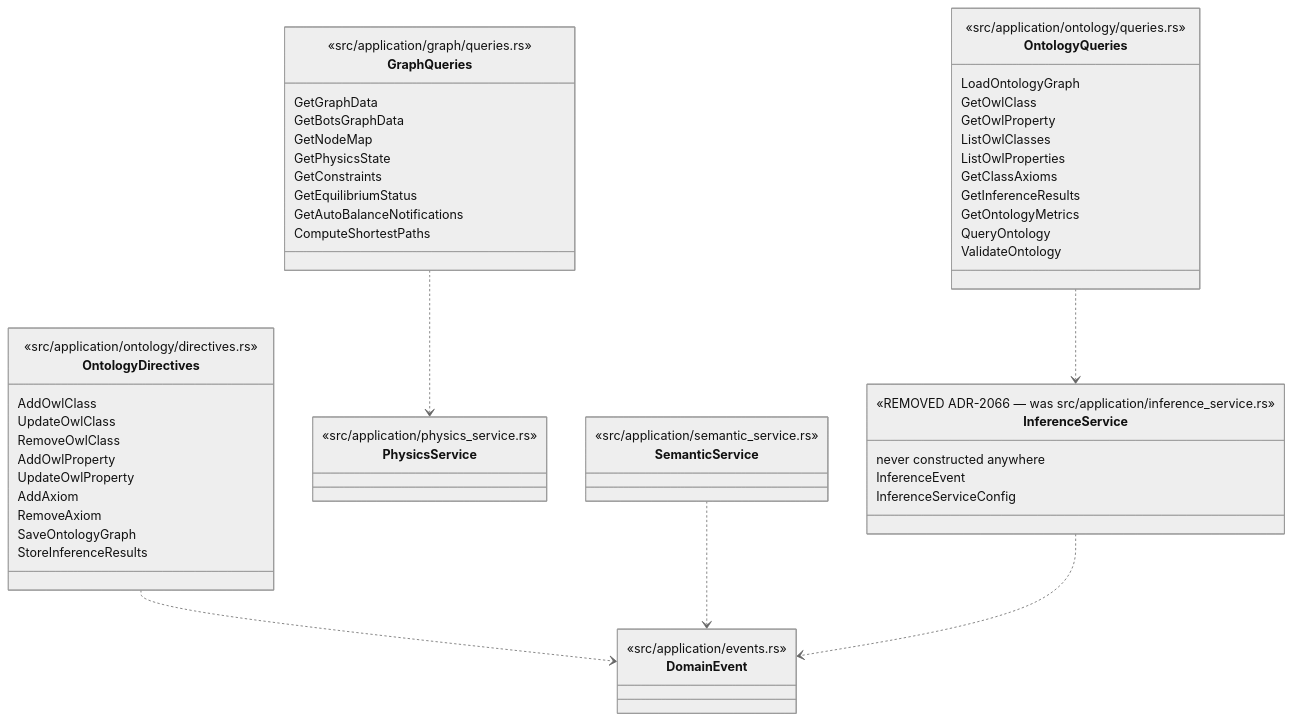
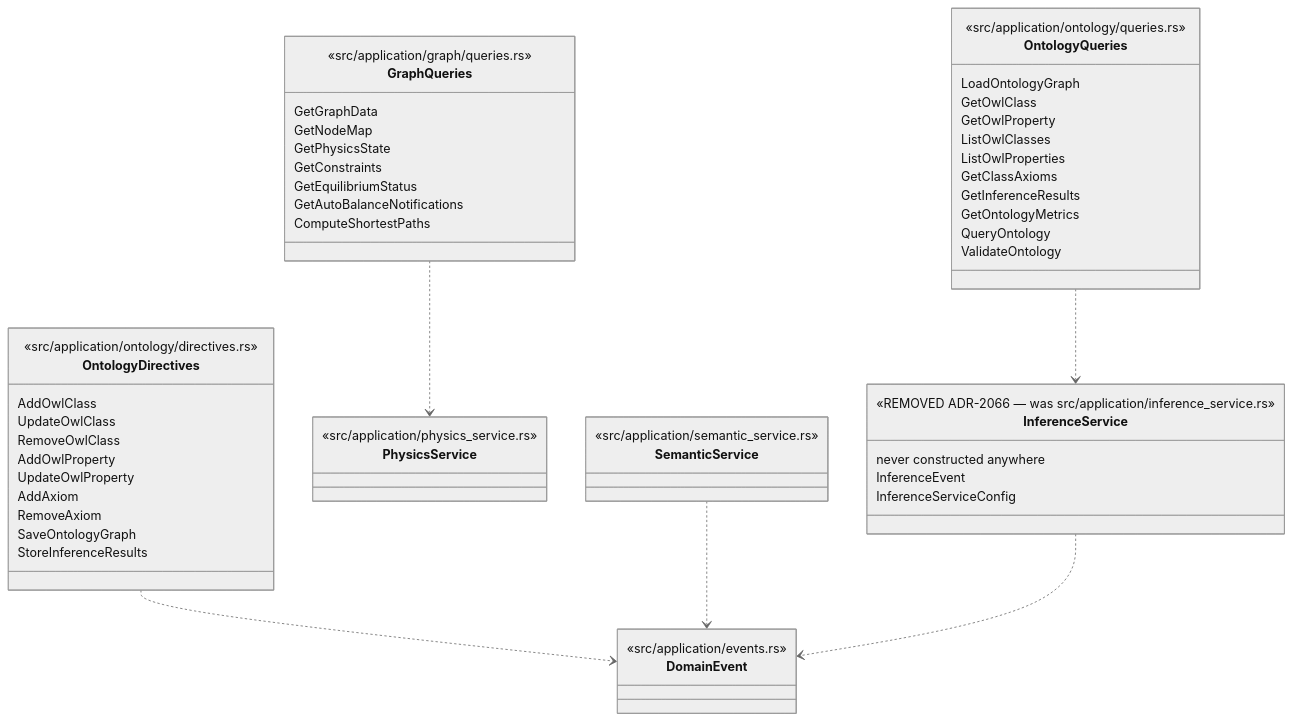
One commit to DreamLab-AI/VisionFlow changed the fourth of 9 diagrams in docs/diagrams/visionclaw/07-hexagonal-ports-and-crates.md. Above: the diagram before and after it, drawn with Mermaid (neutral theme). The commit also changed other lines of this file and 173 other files, not shown here.

````diff
--- a/docs/diagrams/visionclaw/07-hexagonal-ports-and-crates.md
+++ b/docs/diagrams/visionclaw/07-hexagonal-ports-and-crates.md
@@ -201,59 +203,58 @@
 ```mermaid
 classDiagram
     class OntologyDirectives {
       <<src/application/ontology/directives.rs>>
       AddOwlClass
       UpdateOwlClass
       RemoveOwlClass
       AddOwlProperty
       UpdateOwlProperty
       AddAxiom
       RemoveAxiom
       SaveOntologyGraph
       StoreInferenceResults
     }
     class OntologyQueries {
       <<src/application/ontology/queries.rs>>
       LoadOntologyGraph
       GetOwlClass
       GetOwlProperty
       ListOwlClasses
       ListOwlProperties
       GetClassAxioms
       GetInferenceResults
       GetOntologyMetrics
       QueryOntology
       ValidateOntology
     }
     class GraphQueries {
       <<src/application/graph/queries.rs>>
       GetGraphData
-      GetBotsGraphData
       GetNodeMap
       GetPhysicsState
       GetConstraints
       GetEquilibriumStatus
       GetAutoBalanceNotifications
       ComputeShortestPaths
     }
     class PhysicsService {
       <<src/application/physics_service.rs>>
     }
     class SemanticService {
       <<src/application/semantic_service.rs>>
     }
     class InferenceService {
       <<REMOVED ADR-2066 — was src/application/inference_service.rs>>
       never constructed anywhere
       InferenceEvent
       InferenceServiceConfig
     }
     class DomainEvent {
       <<src/application/events.rs>>
     }
     OntologyDirectives ..> DomainEvent
     GraphQueries ..> PhysicsService
     OntologyQueries ..> InferenceService
     SemanticService ..> DomainEvent
     InferenceService ..> DomainEvent
 ```
````
